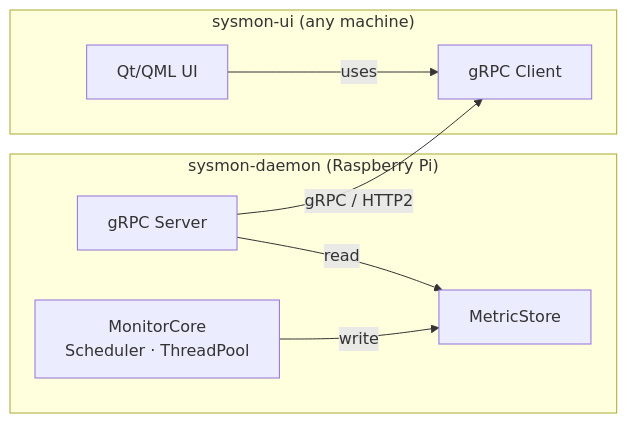
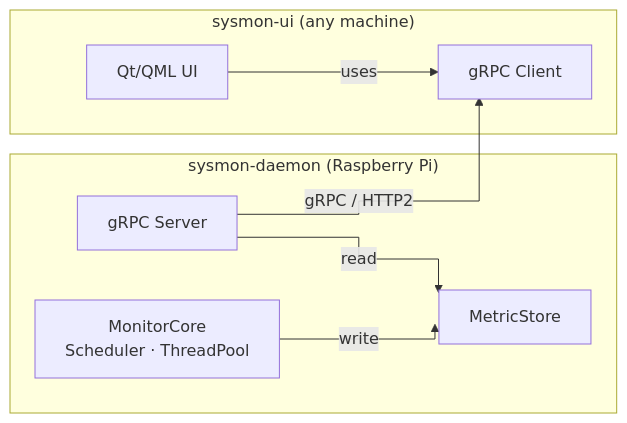
One commit to lasser-j/sysmon changed the diagram in README.md. Above: the diagram before and after it, drawn with Mermaid. The commit also changed other lines of this file and 8 other files, not shown here.

````diff
--- a/README.md
+++ b/README.md
@@ -62,18 +62,19 @@
 ```mermaid
+%%{init: {'flowchart': {'curve': 'stepAfter'}}}%%
 flowchart LR
   subgraph "sysmon-daemon (Raspberry Pi)"
     MC["MonitorCore\nScheduler · ThreadPool"]
     MS["MetricStore"]
     GS["gRPC Server"]
-    MC-->|write| MS
-    GS-->|read| MS
+    MC -->|write| MS
+    GS -->|read| MS
   end
 
   subgraph "sysmon-ui (any machine)"
     GC["gRPC Client"]
     UI["Qt/QML UI"]
-    UI-->|uses| GC
+    UI -->|uses| GC
   end
 
   GS -->|"gRPC / HTTP2"| GC
 ```
````
